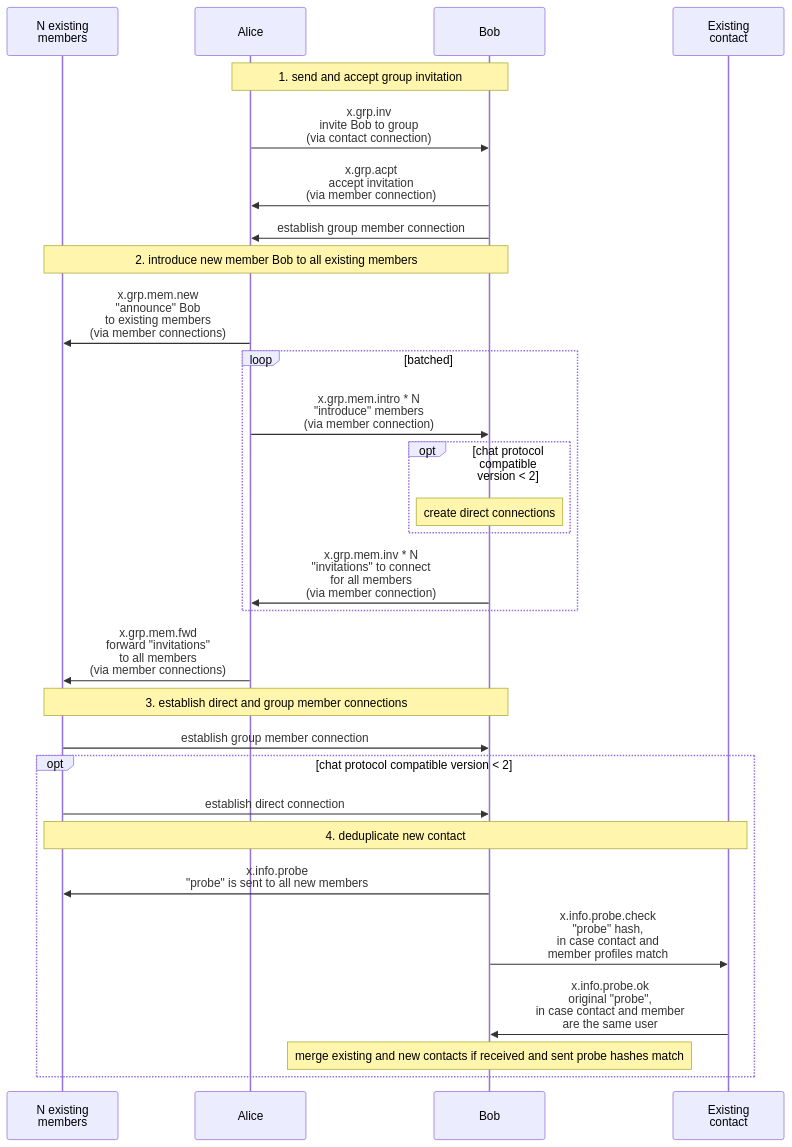
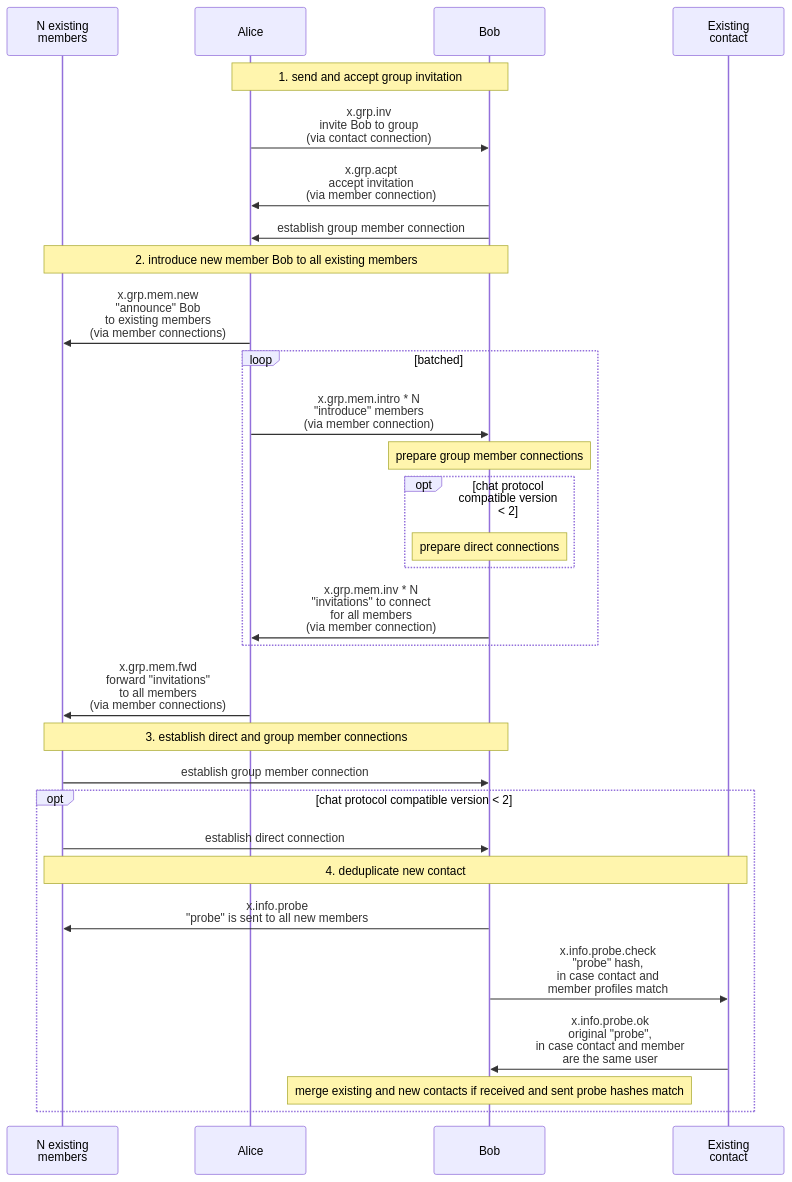
Before and after one commit to simplex-chat/simplex-chat: the diagram in docs/protocol/diagrams/group.mmd, drawn with Mermaid. The commit also changed 1 other file, not shown here.

Commit message:
update diagram

```diff
--- a/docs/protocol/diagrams/group.mmd
+++ b/docs/protocol/diagrams/group.mmd
@@ -1,33 +1,34 @@
 sequenceDiagram
   participant M as N existing<br>members
   participant A as Alice
   participant B as Bob
   participant C as Existing<br>contact
 
   note over A, B: 1. send and accept group invitation
   A ->> B: x.grp.inv<br>invite Bob to group<br>(via contact connection)
   B ->> A: x.grp.acpt<br>accept invitation<br>(via member connection)
   B ->> A: establish group member connection
 
   note over M, B: 2. introduce new member Bob to all existing members
   A ->> M: x.grp.mem.new<br>"announce" Bob<br>to existing members<br>(via member connections)
   loop batched
     A ->> B: x.grp.mem.intro * N<br>"introduce" members<br>(via member connection)
+    note over B: prepare group member connections
     opt chat protocol compatible version < 2
-      note over B: create direct connections
+      note over B: prepare direct connections
     end
     B ->> A: x.grp.mem.inv * N<br>"invitations" to connect<br>for all members<br>(via member connection)
   end
   A ->> M: x.grp.mem.fwd<br>forward "invitations"<br>to all members<br>(via member connections)
 
   note over M, B: 3. establish direct and group member connections
   M ->> B: establish group member connection
 
   opt chat protocol compatible version < 2
     M ->> B: establish direct connection
     note over M, C: 4. deduplicate new contact
     B ->> M: x.info.probe<br>"probe" is sent to all new members
     B ->> C: x.info.probe.check<br>"probe" hash,<br>in case contact and<br>member profiles match
     C ->> B: x.info.probe.ok<br> original "probe",<br> in case contact and member<br>are the same user
     note over B: merge existing and new contacts if received and sent probe hashes match
   end
```
